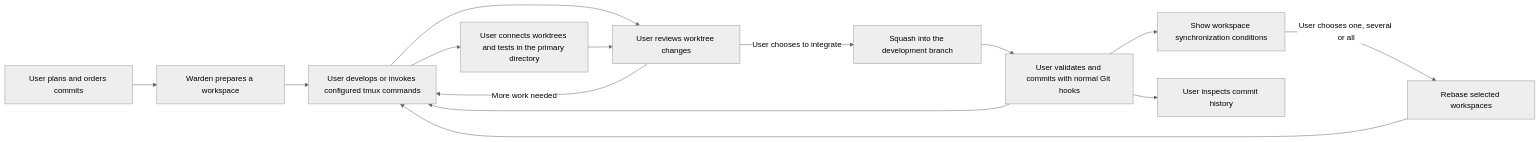
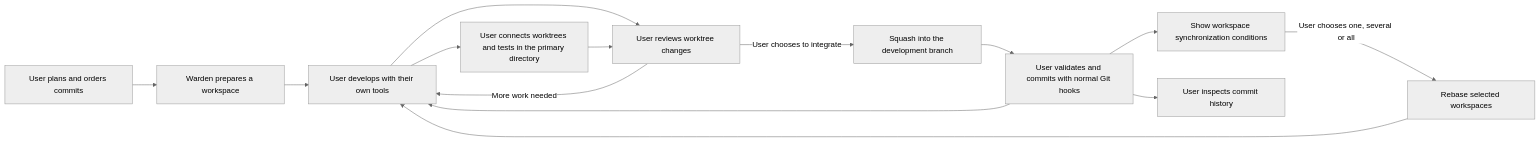
Before and after one commit to xbghc/warden: the diagram in docs/workflow.md, drawn with Mermaid (neutral theme). The commit also changed other lines of this file and 28 other files, not shown here.

````diff
--- a/docs/workflow.md
+++ b/docs/workflow.md
@@ -128,16 +120,16 @@
 ```mermaid
 flowchart LR
   P[User plans and orders commits] --> W[Warden prepares a workspace]
-  W --> E[User develops or invokes configured tmux commands]
+  W --> E[User develops with their own tools]
   E --> V[User connects worktrees and tests in the primary directory]
   E --> R[User reviews worktree changes]
   V --> R[User reviews worktree changes]
   R -->|More work needed| E
   R -->|User chooses to integrate| S[Squash into the development branch]
   S --> C[User validates and commits with normal Git hooks]
   C --> E
   C --> N[Show workspace synchronization conditions]
   N -->|User chooses one, several or all| B[Rebase selected workspaces]
   B --> E
   C --> H[User inspects commit history]
 ```
````
